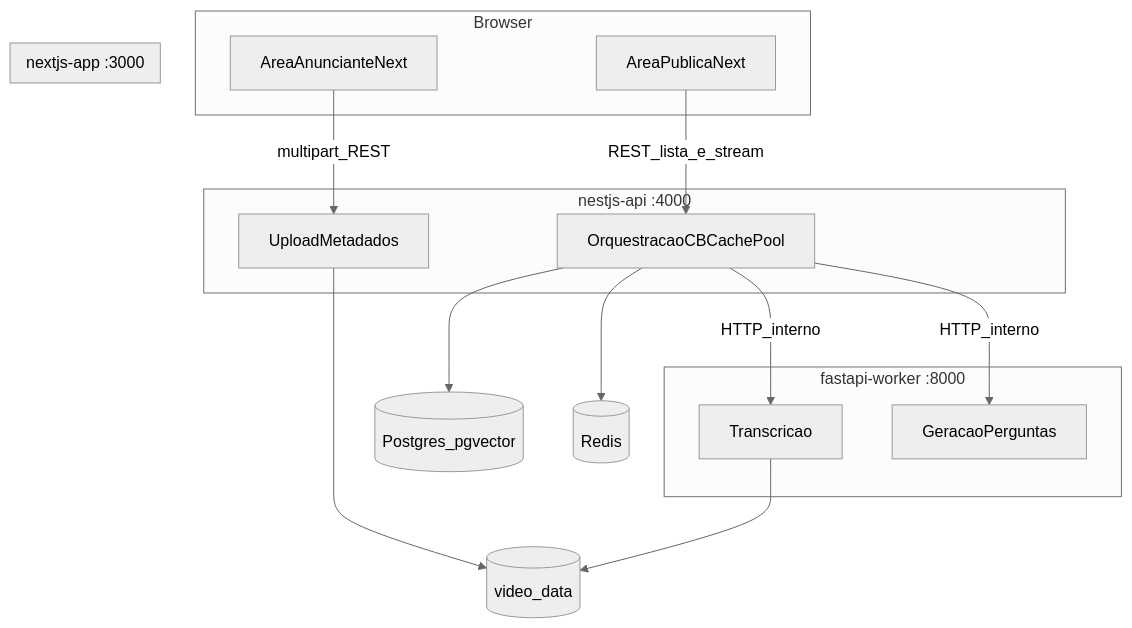
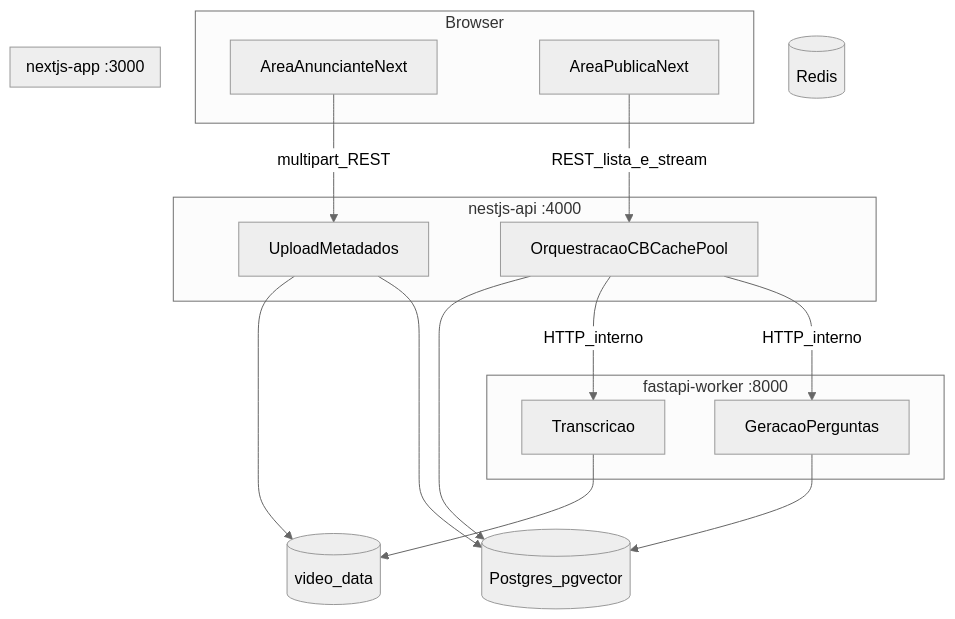
Before and after one commit to BertrandLira/EngSistDist---Projeto-Final: the diagram in docs/README.md, drawn with Mermaid (neutral theme). The commit also changed other lines of this file, not shown here.

````diff
--- a/docs/README.md
+++ b/docs/README.md
@@ -54,30 +81,31 @@
 ```mermaid
 flowchart TB
   subgraph browser [Browser]
     Adv[AreaAnuncianteNext]
     Pub[AreaPublicaNext]
   end
   subgraph next [nextjs-app :3000]
     Adv
     Pub
   end
   subgraph nest [nestjs-api :4000]
     Upload[UploadMetadados]
     Orch[OrquestracaoCBCachePool]
   end
   subgraph worker [fastapi-worker :8000]
     Tr[Transcricao]
     Q[GeracaoPerguntas]
   end
   Vol[(video_data)]
   PG[(Postgres_pgvector)]
   Redis[(Redis)]
   Adv -->|multipart_REST| Upload
   Pub -->|REST_lista_e_stream| Orch
   Upload --> Vol
+  Upload --> PG
   Tr --> Vol
-  Orch --> Redis
+  Q --> PG
   Orch --> PG
   Orch -->|HTTP_interno| Tr
   Orch -->|HTTP_interno| Q
 ```
````
